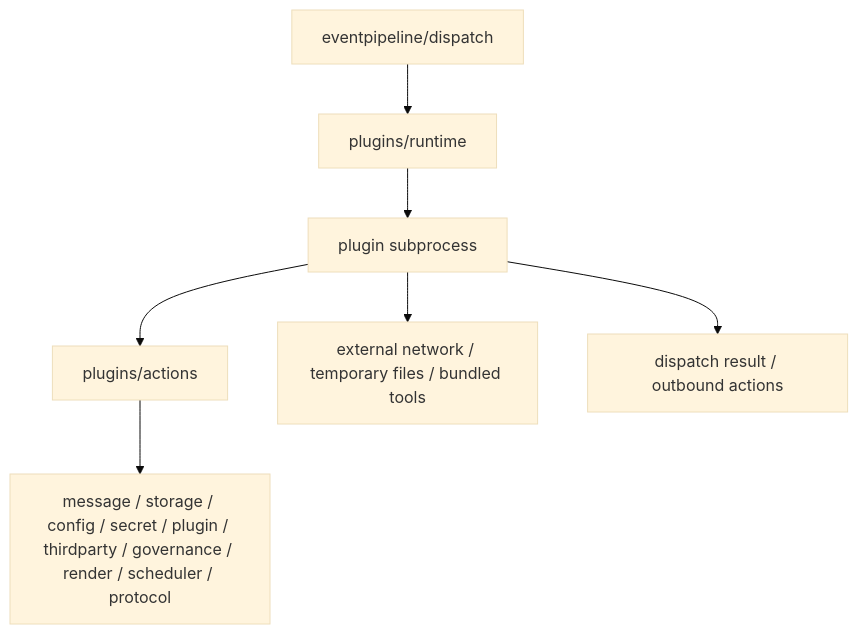
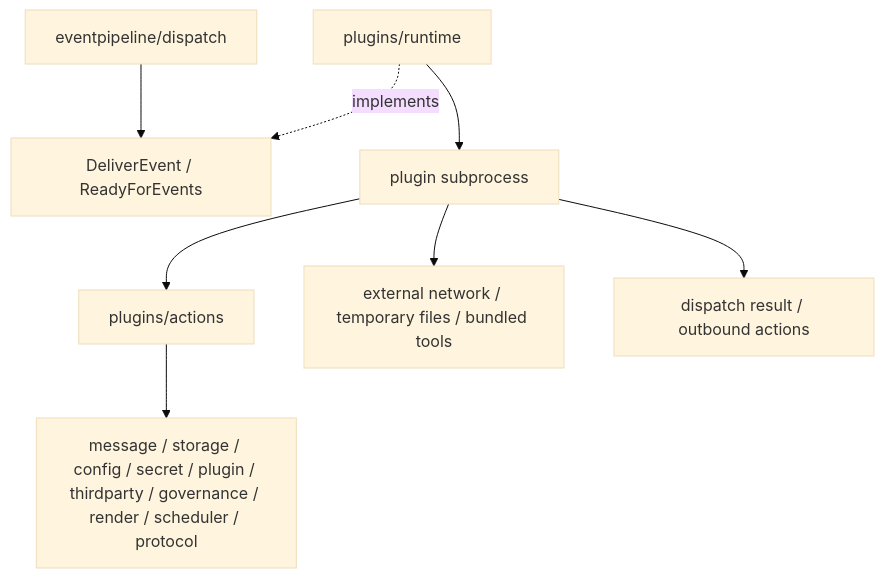
One commit to RayleaBot/RayleaBot changed the second of 2 diagrams in docs/architecture/plugin-runtime.md. Above: the diagram before and after it, drawn with Mermaid (base theme). The commit also changed other lines of this file and 15 other files, not shown here.

First line of the commit message:
docs: consolidate architecture guidance and remove cleanup plan

````diff
--- a/docs/architecture/plugin-runtime.md
+++ b/docs/architecture/plugin-runtime.md
@@ -31,9 +33,10 @@
 ```mermaid
 flowchart TD
-  dispatcher["eventpipeline/dispatch"] --> runtime["plugins/runtime"]
+  dispatcher["eventpipeline/dispatch"] --> delivery["DeliverEvent / ReadyForEvents"]
+  runtime["plugins/runtime"] -. implements .-> delivery
   runtime --> plugin["plugin subprocess"]
   plugin --> localaction["plugins/actions"]
   localaction --> service["message / storage / config / secret / plugin / thirdparty / governance / render / scheduler / protocol"]
   plugin --> ownwork["external network / temporary files / bundled tools"]
   plugin --> result["dispatch result / outbound actions"]
 ```
````
